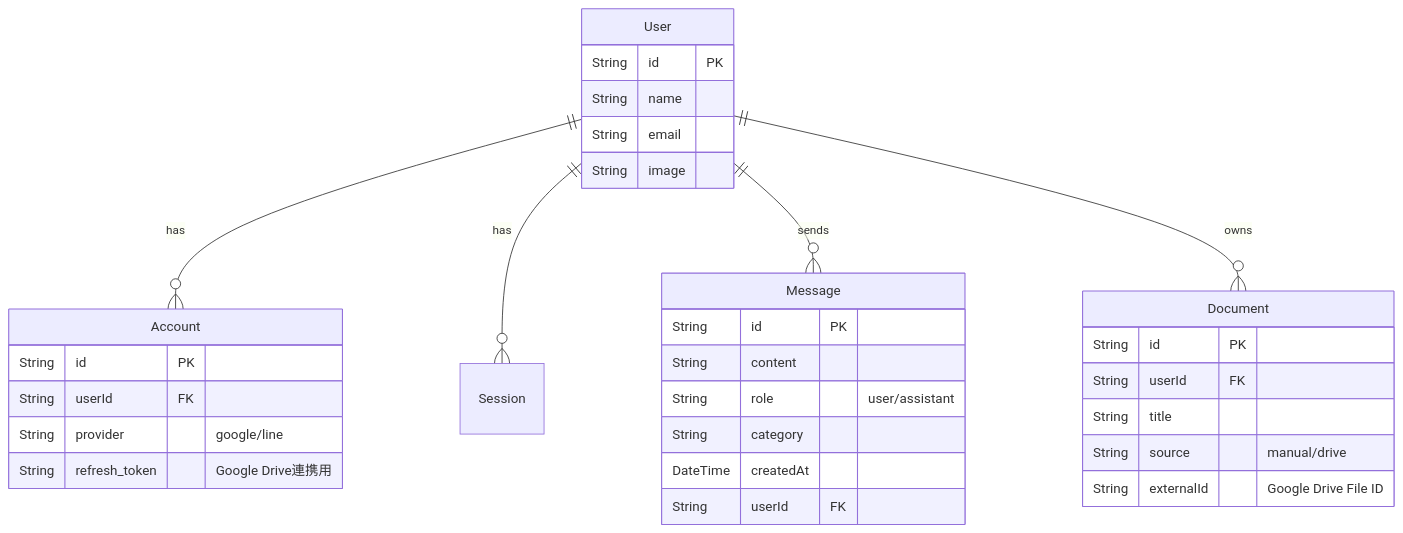
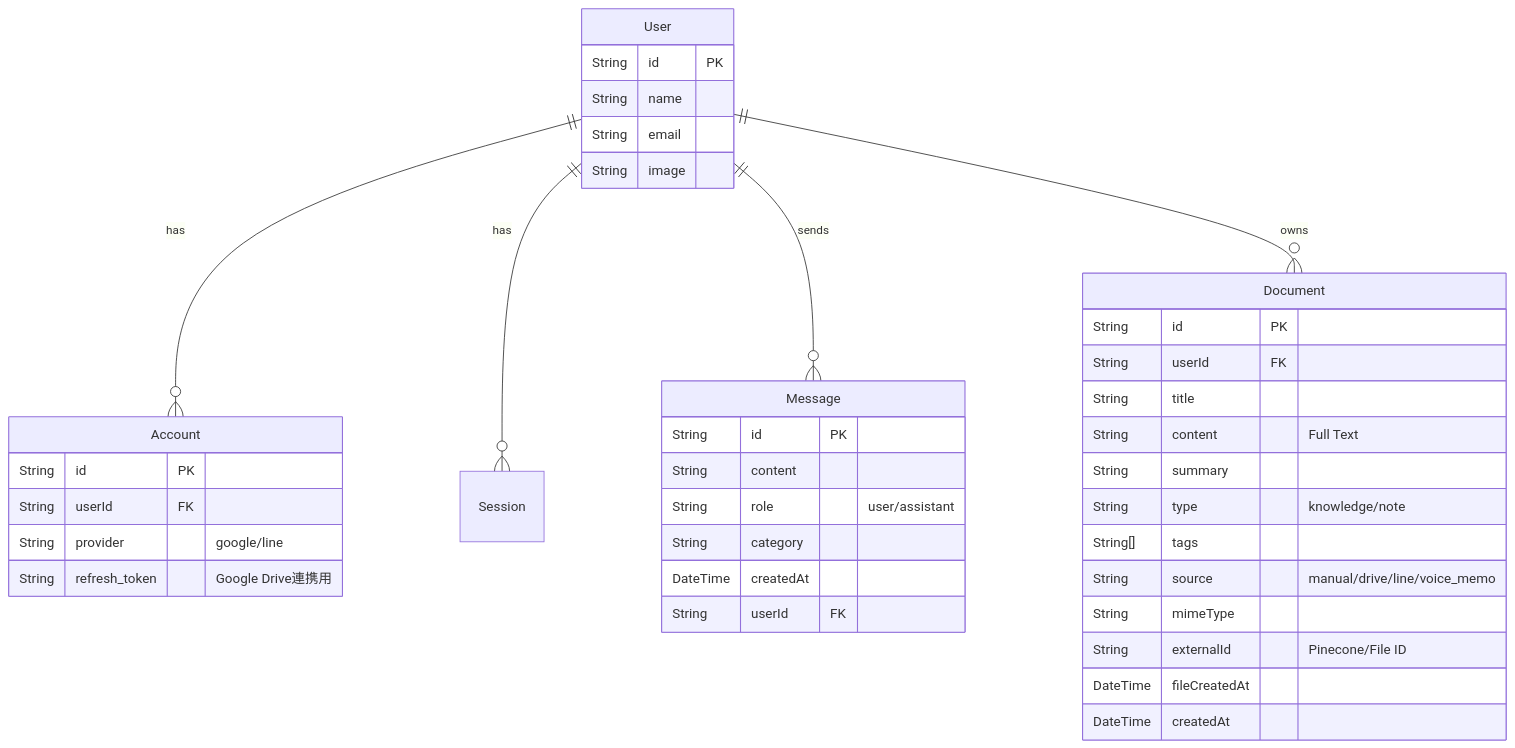
Before and after one commit to YasuNoa/MyRAGApp: the second of 2 diagrams in docs/specifications.md, drawn with Mermaid. The commit also changed other lines of this file and 6 other files, not shown here.

````diff
--- a/docs/specifications.md
+++ b/docs/specifications.md
@@ -26,38 +34,45 @@
 ```mermaid
 erDiagram
     User ||--o{ Account : has
     User ||--o{ Session : has
     User ||--o{ Message : sends
     User ||--o{ Document : owns
     
     User {
         String id PK
         String name
         String email
         String image
     }
 
     Account {
         String id PK
         String userId FK
         String provider "google/line"
         String refresh_token "Google Drive連携用"
     }
 
     Document {
         String id PK
         String userId FK
         String title
-        String source "manual/drive"
-        String externalId "Google Drive File ID"
+        String content "Full Text"
+        String summary
+        String type "knowledge/note"
+        String[] tags
+        String source "manual/drive/line/voice_memo"
+        String mimeType
+        String externalId "Pinecone/File ID"
+        DateTime fileCreatedAt
+        DateTime createdAt
     }
 
     Message {
         String id PK
         String content
         String role "user/assistant"
         String category
         DateTime createdAt
         String userId FK
     }
 ```
````
